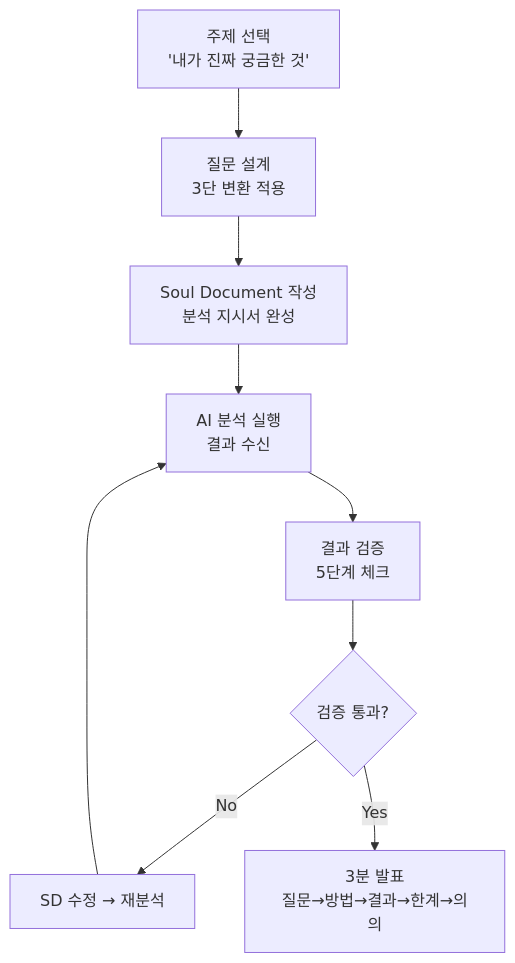
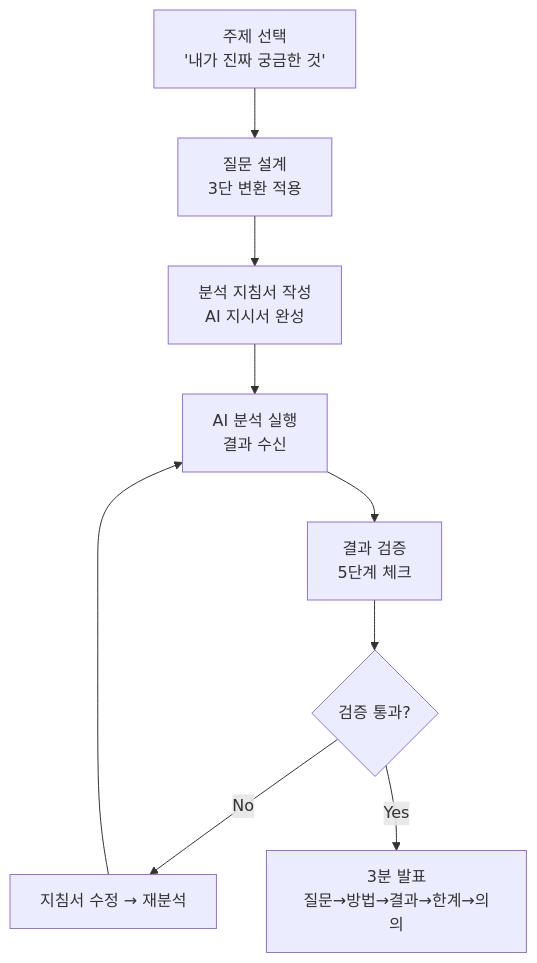
Before and after one commit to greatsong/data-analysis-agentic: the second of 4 diagrams in docs/chapter09.md, drawn with Mermaid. The commit also changed other lines of this file and 6 other files, not shown here.

First line of the commit message:
어색한 표현 정리: 과격한 비유 → 교육적 표현 + mermaid \n → <br>

````diff
--- a/docs/chapter09.md
+++ b/docs/chapter09.md
@@ -102,11 +102,11 @@
 ```mermaid
 flowchart TD
-    A["주제 선택\n'내가 진짜 궁금한 것'"] --> B["질문 설계\n3단 변환 적용"]
-    B --> C["Soul Document 작성\n분석 지시서 완성"]
-    C --> D["AI 분석 실행\n결과 수신"]
-    D --> E["결과 검증\n5단계 체크"]
+    A["주제 선택<br>'내가 진짜 궁금한 것'"] --> B["질문 설계<br>3단 변환 적용"]
+    B --> C["분석 지침서 작성<br>AI 지시서 완성"]
+    C --> D["AI 분석 실행<br>결과 수신"]
+    D --> E["결과 검증<br>5단계 체크"]
     E --> F{"검증 통과?"}
-    F -->|No| G["SD 수정 → 재분석"]
+    F -->|No| G["지침서 수정 → 재분석"]
     G --> D
-    F -->|Yes| H["3분 발표\n질문→방법→결과→한계→의의"]
+    F -->|Yes| H["3분 발표<br>질문→방법→결과→한계→의의"]
 ```
````
